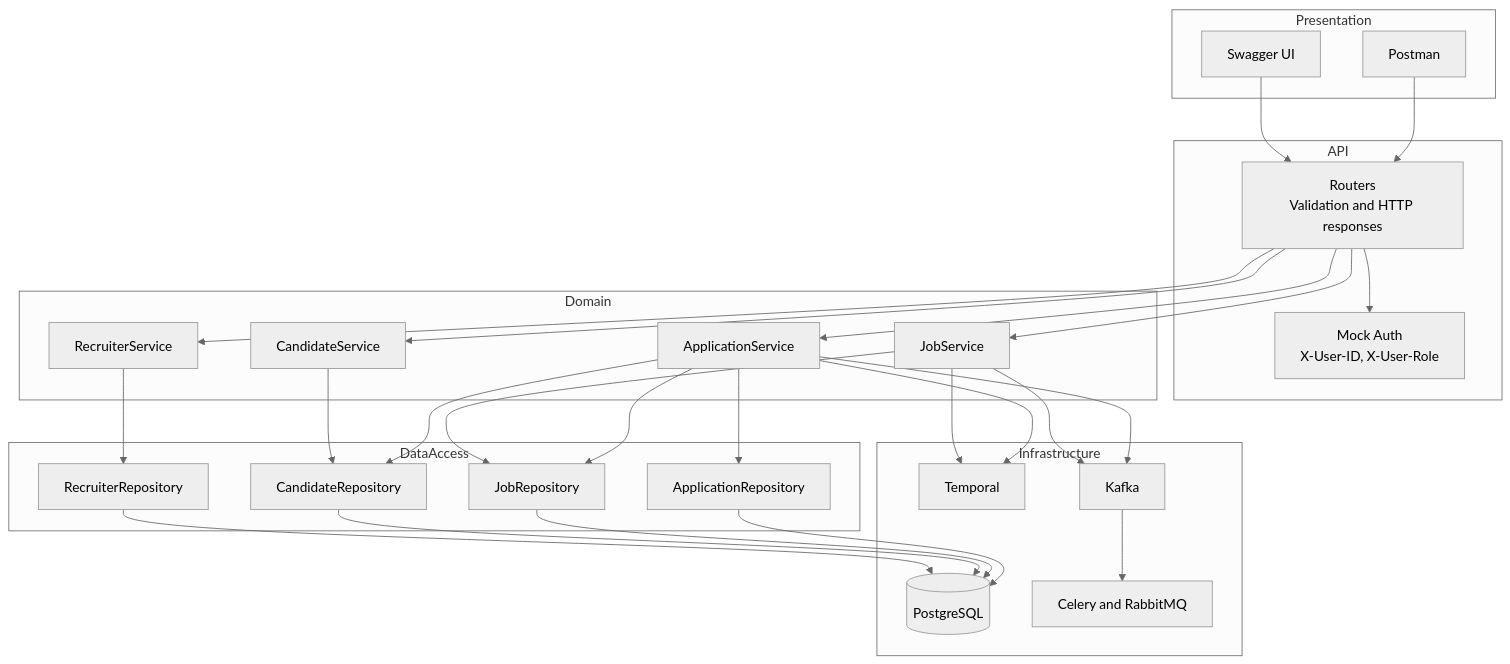
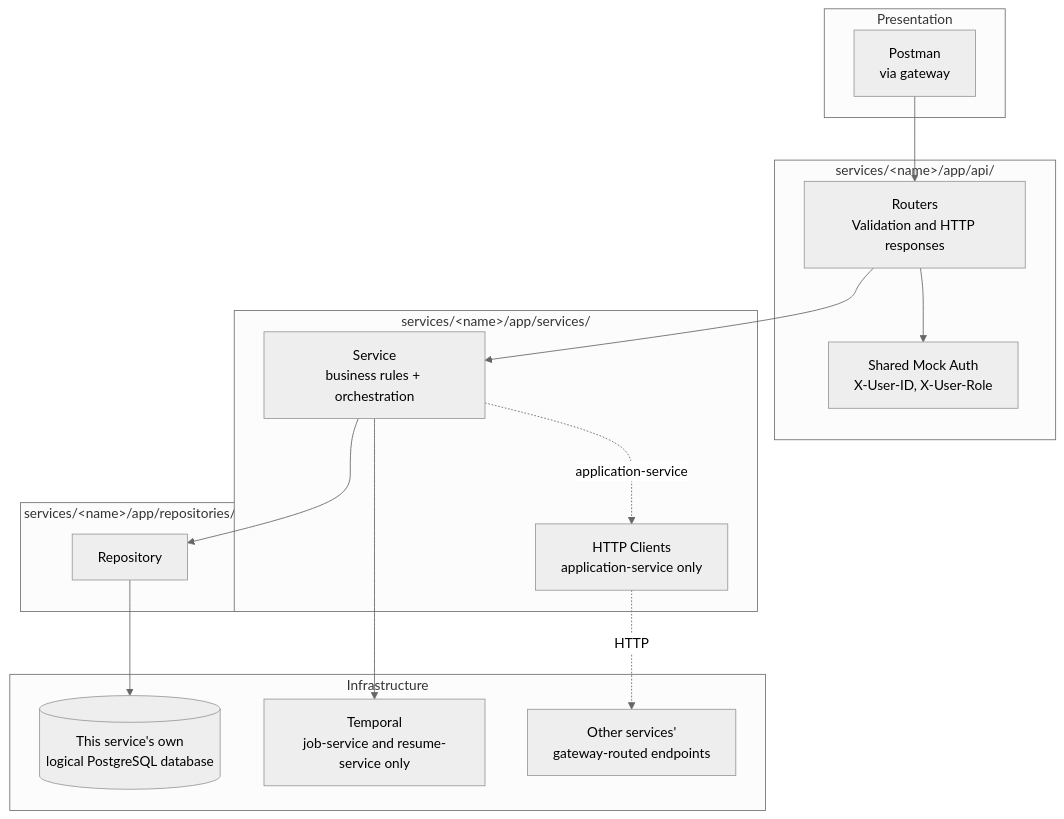
One commit to afnan-emumba/smart-hire changed the second of 7 diagrams in docs/ARCHITECTURE.md. Above: the diagram before and after it, drawn with Mermaid (neutral theme). The commit also changed other lines of this file and 75 other files, not shown here.

````diff
--- a/docs/ARCHITECTURE.md
+++ b/docs/ARCHITECTURE.md
@@ -39,56 +61,35 @@
 ```mermaid
 flowchart TB
     subgraph Presentation
-        swagger[Swagger UI]
-        postman[Postman]
+        postman[Postman<br/>via gateway]
     end
 
-    subgraph API
-        routers[Routers\nValidation and HTTP responses]
-        auth[Mock Auth\nX-User-ID, X-User-Role]
+    subgraph API["services/&lt;name&gt;/app/api/"]
+        routers[Routers<br/>Validation and HTTP responses]
+        auth[Shared Mock Auth<br/>X-User-ID, X-User-Role]
     end
 
-    subgraph Domain
-        recruiterSvc[RecruiterService]
-        candidateSvc[CandidateService]
-        jobSvc[JobService]
-        applicationSvc[ApplicationService]
+    subgraph Domain["services/&lt;name&gt;/app/services/"]
+        svc[Service<br/>business rules + orchestration]
+        clients[HTTP Clients<br/>application-service only]
     end
 
-    subgraph DataAccess
-        recruiterRepo[RecruiterRepository]
-        candidateRepo[CandidateRepository]
-        jobRepo[JobRepository]
-        applicationRepo[ApplicationRepository]
+    subgraph DataAccess["services/&lt;name&gt;/app/repositories/"]
+        repo[Repository]
     end
 
     subgraph Infrastructure
-        db[(PostgreSQL)]
-        workflow[Temporal]
-        events[Kafka]
-        workers[Celery and RabbitMQ]
+        db[(This service's own<br/>logical PostgreSQL database)]
+        workflow[Temporal<br/>job-service and resume-service only]
+        other[Other services'<br/>gateway-routed endpoints]
     end
 
-    swagger --> routers
     postman --> routers
     routers --> auth
-    routers --> recruiterSvc
-    routers --> candidateSvc
-    routers --> jobSvc
-    routers --> applicationSvc
-    recruiterSvc --> recruiterRepo
-    candidateSvc --> candidateRepo
-    jobSvc --> jobRepo
-    applicationSvc --> applicationRepo
-    applicationSvc --> candidateRepo
-    applicationSvc --> jobRepo
-    recruiterRepo --> db
-    candidateRepo --> db
-    jobRepo --> db
-    applicationRepo --> db
-    jobSvc --> workflow
-    jobSvc --> events
-    applicationSvc --> workflow
-    applicationSvc --> events
-    events --> workers
+    routers --> svc
+    svc --> repo
+    repo --> db
+    svc --> workflow
+    svc -.application-service.-> clients
+    clients -.HTTP.-> other
 ```
````
